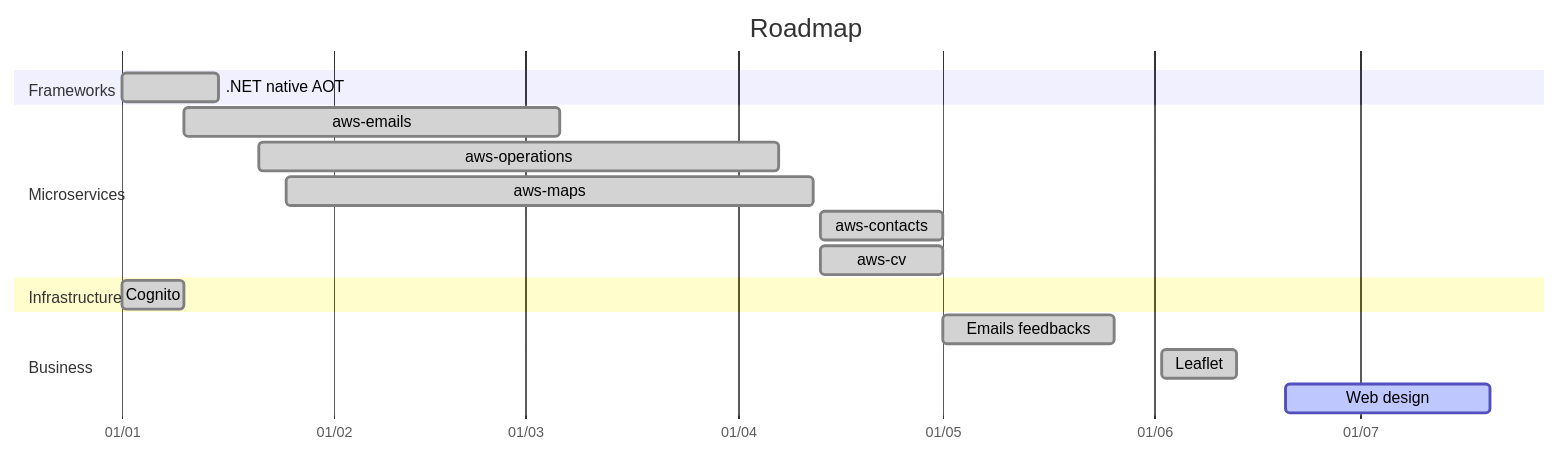
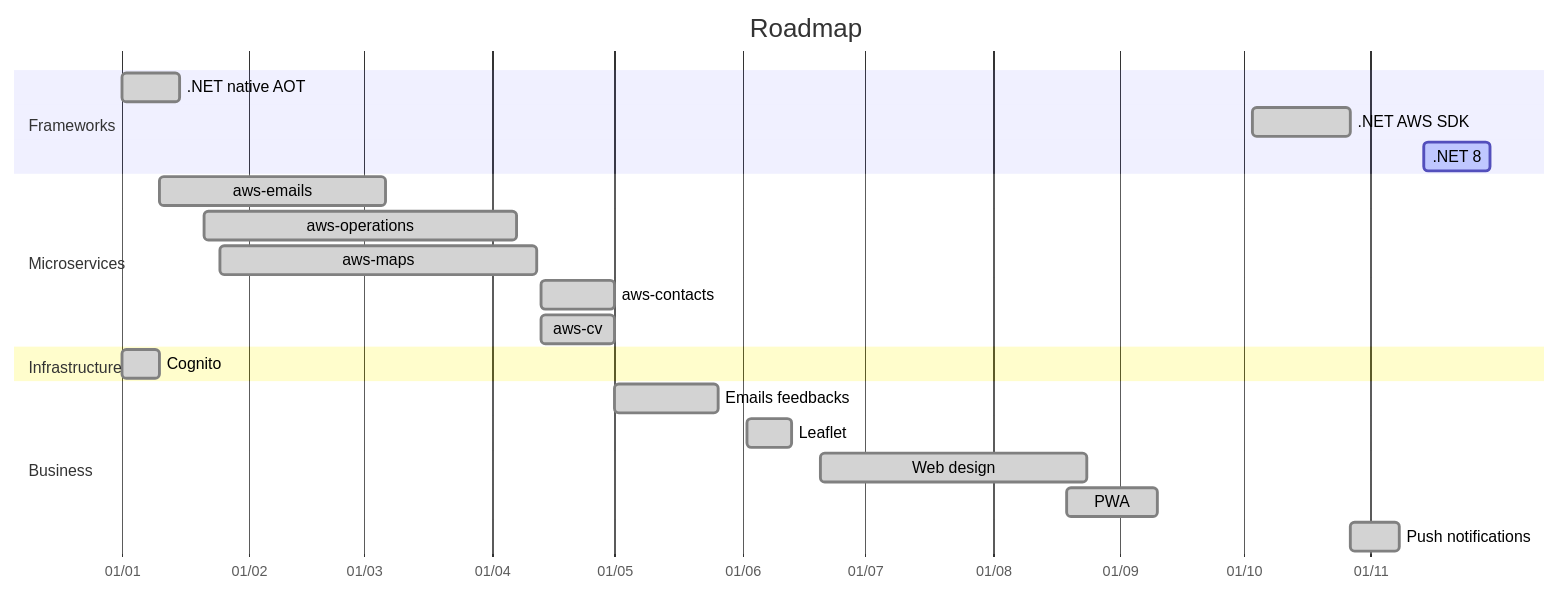
The first of 2 diagrams in docs/roadmap.md (amilochau/.github), drawn with Mermaid before and after one commit. The commit also changed other lines of this file, not shown here.

Commit message:
Update roadmap with 2023 Q3 and 2023 Q4

````diff
--- a/docs/roadmap.md
+++ b/docs/roadmap.md
@@ -9,24 +9,28 @@
 ```mermaid
 gantt
   title Roadmap
   dateFormat YYYY-MM-DD
   axisFormat %d/%m
 
   section Frameworks
-  .NET native AOT : done,       aot,        2023-01-01,               2023-01-15
+  .NET native AOT   : done,       aot,        2023-01-01,               2023-01-15
+  .NET AWS SDK      : done,       aws,        2023-10-03,               2023-10-27
+  .NET 8            : active,     net8,       2023-11-14,               2023-11-30
 
   section Microservices
-  aws-emails      : done,       emails,     2023-01-10,               2023-03-06
-  aws-operations  : done,       operations, 2023-01-21,               2023-04-07
-  aws-maps        : done,       maps,       2023-01-25,               2023-04-12
-  aws-contacts    : done,       contacts,   2023-04-13,               2023-05-01
-  aws-cv          : done,       cv,         2023-04-13,               2023-05-01
+  aws-emails        : done,       emails,     2023-01-10,               2023-03-06
+  aws-operations    : done,       operations, 2023-01-21,               2023-04-07
+  aws-maps          : done,       maps,       2023-01-25,               2023-04-12
+  aws-contacts      : done,       contacts,   2023-04-13,               2023-05-01
+  aws-cv            : done,       cv,         2023-04-13,               2023-05-01
 
   section Infrastructure
-  Cognito         : done,       cognito,    2023-01-01,               2023-01-10
+  Cognito           : done,       cognito,    2023-01-01,               2023-01-10
   
   section Business
-  Emails feedbacks: done,       feedbacks,  2023-05-01,               2023-05-26
-  Leaflet         : done,       leaflet,    2023-06-02,               2023-06-13
-  Web design      : active,     design,     2023-06-20,               30d
+  Emails feedbacks  : done,       feedbacks,  2023-05-01,               2023-05-26
+  Leaflet           : done,       leaflet,    2023-06-02,               2023-06-13
+  Web design        : done,       design,     2023-06-20,               2023-08-24
+  PWA               : done,       pwa,        2023-08-19,               2023-09-10
+  Push notifications: done,       push,       2023-10-27,               2023-11-08
 ```
````
